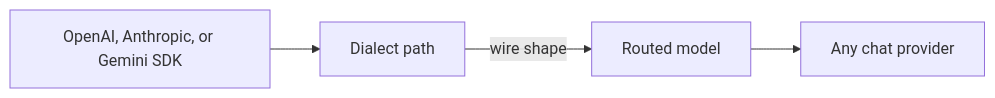
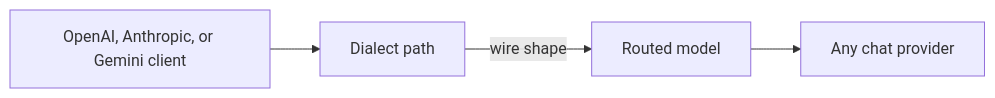
One commit to curefatih/afi changed the diagram in docs/api/dialects.md. Above: the diagram before and after it, drawn with Mermaid. The commit also changed other lines of this file and 15 other files, not shown here.

````diff
--- a/docs/api/dialects.md
+++ b/docs/api/dialects.md
@@ -5,11 +5,11 @@
 ```mermaid
 flowchart LR
-  sdk[OpenAI, Anthropic, or Gemini SDK]
+  sdk[OpenAI, Anthropic, or Gemini client]
   dialect[Dialect path]
   route[Routed model]
   up[Any chat provider]
 
   sdk --> dialect
   dialect -->|wire shape| route
   route --> up
 ```
````
